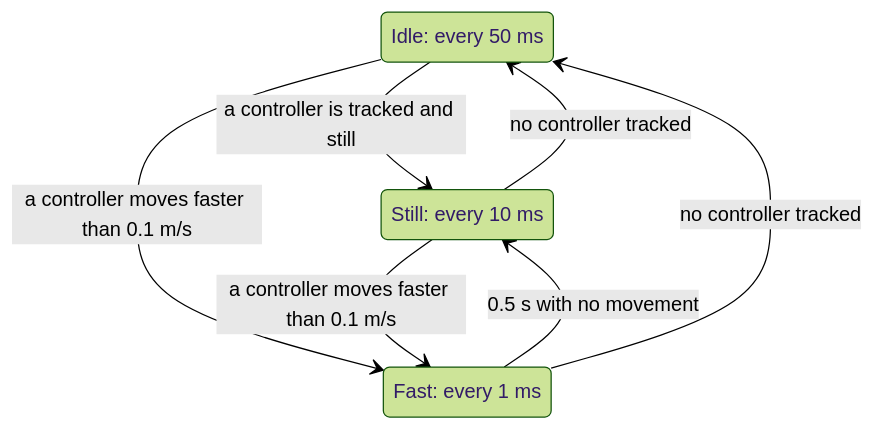
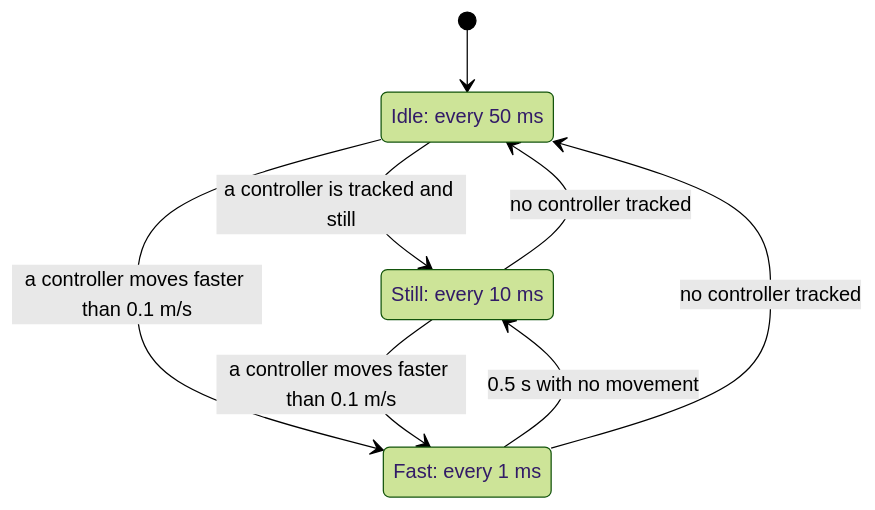
The second of 3 diagrams in docs/how-the-app-works.md (VioletTides/KnockThru), drawn with Mermaid (forest theme) before and after one commit. The commit also changed other lines of this file, not shown here.

First line of the commit message:
Add a start, screen reader text, and a shape key to the app diagrams

````diff
--- a/docs/how-the-app-works.md
+++ b/docs/how-the-app-works.md
@@ -36,13 +41,16 @@
 ```mermaid
 stateDiagram-v2
+    accTitle: Pose read rate
+    accDescr: The pose thread reads every 50 ms while no controller is tracked, and every 10 ms while the controllers are still. It reads every 1 ms from the first move until 0.5 s after the last one.
     state "Idle: every 50 ms" as Idle
     state "Still: every 10 ms" as Still
     state "Fast: every 1 ms" as Fast
 
+    [*] --> Idle
     Idle --> Still: a controller is tracked and still
     Idle --> Fast: a controller moves faster than 0.1 m/s
     Still --> Fast: a controller moves faster than 0.1 m/s
     Fast --> Still: 0.5 s with no movement
     Still --> Idle: no controller tracked
     Fast --> Idle: no controller tracked
 ```
````
